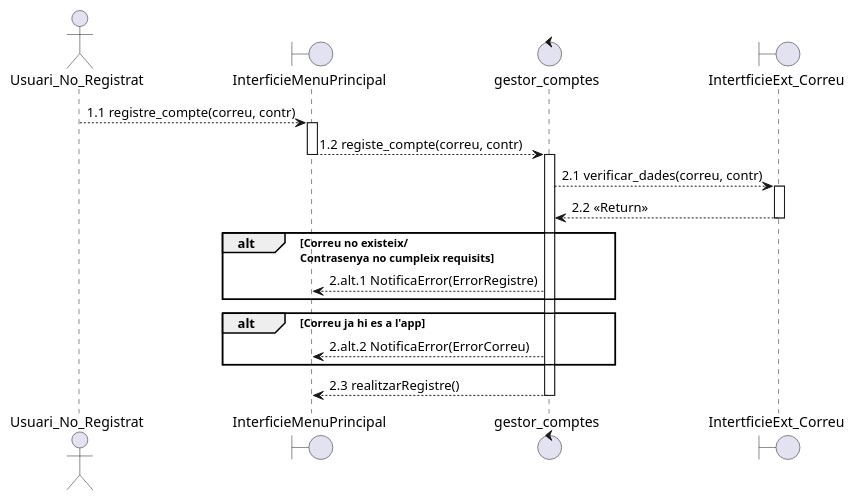
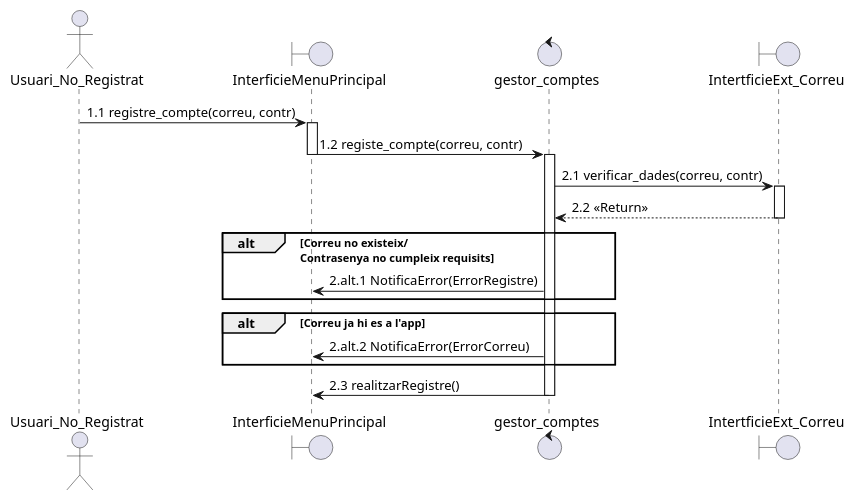
The diagram in documents/Diagrames i Especificacions/Seqüencia/ALEJANDRO/3- Registrar-se.puml (martipages/ES23UAB431-02), drawn with PlantUML before and after one commit. The commit also changed 9 other files, not shown here.

```diff
--- a/documents/Diagrames i Especificacions/Seqüencia/ALEJANDRO/3- Registrar-se.puml
+++ b/documents/Diagrames i Especificacions/Seqüencia/ALEJANDRO/3- Registrar-se.puml
@@ -1,21 +1,21 @@
 @startuml
 
 actor Usuari_No_Registrat as UsuariN
 boundary InterficieMenuPrincipal as interficie
 control gestor_comptes as gestor
 boundary IntertficieExt_Correu as correu
 
-UsuariN --> interficie ++: 1.1 registre_compte(correu, contr)
-interficie --> gestor --++: 1.2 registe_compte(correu, contr)
-gestor --> correu ++: 2.1 verificar_dades(correu, contr)
+UsuariN -> interficie ++: 1.1 registre_compte(correu, contr)
+interficie -> gestor --++: 1.2 registe_compte(correu, contr)
+gestor -> correu ++: 2.1 verificar_dades(correu, contr)
 correu --> gestor --: 2.2 <<Return>>
 alt Correu no existeix/ \nContrasenya no cumpleix requisits
-   gestor --> interficie : 2.alt.1 NotificaError(ErrorRegistre)
+   gestor -> interficie : 2.alt.1 NotificaError(ErrorRegistre)
 end
 alt Correu ja hi es a l'app
-   gestor --> interficie : 2.alt.2 NotificaError(ErrorCorreu)
+   gestor -> interficie : 2.alt.2 NotificaError(ErrorCorreu)
 end
-gestor --> interficie --: 2.3 realitzarRegistre()
+gestor -> interficie --: 2.3 realitzarRegistre()
 
 
 @enduml
```
